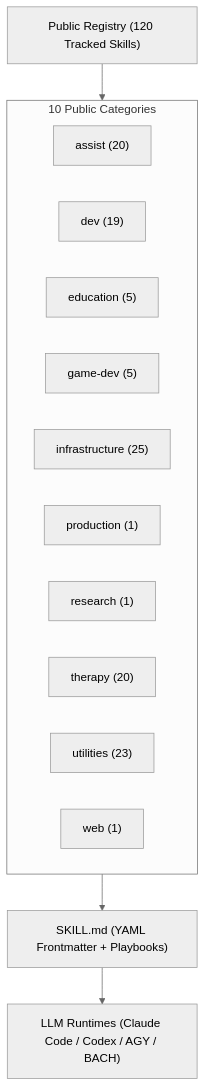
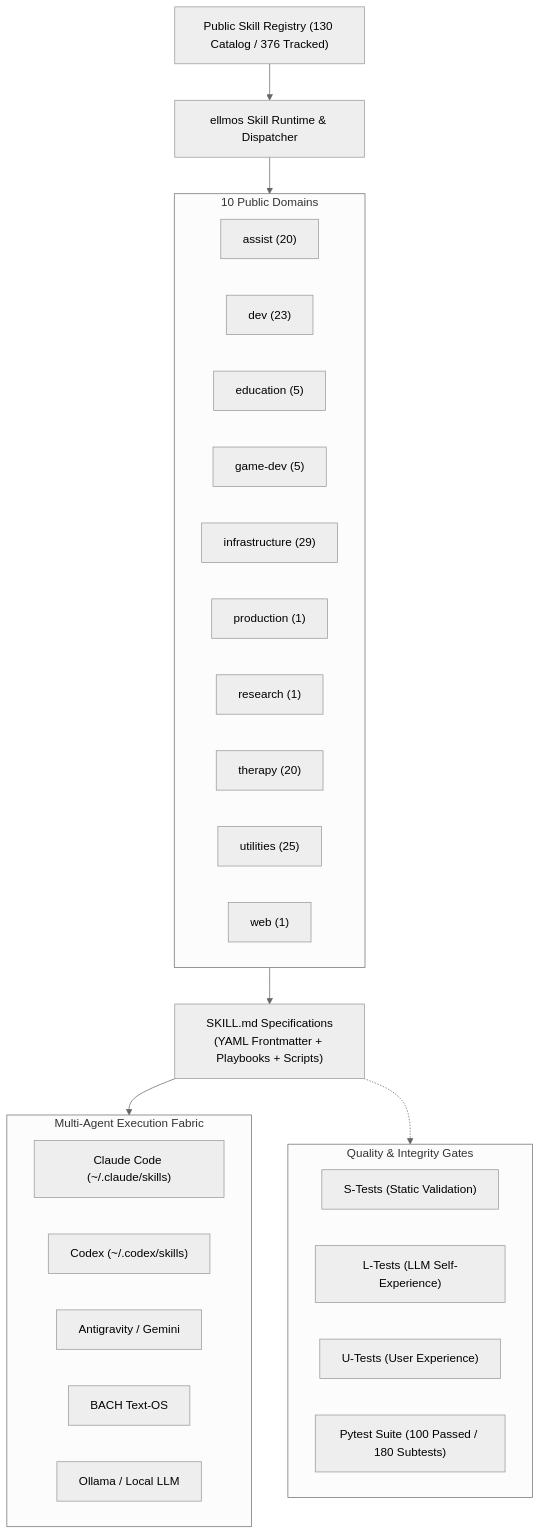
The diagram in README.md (ellmos-ai/skills), drawn with Mermaid (neutral theme) before and after one commit. The commit also changed other lines of this file and 20 other files, not shown here.

````diff
--- a/README.md
+++ b/README.md
@@ -40,18 +42,39 @@
 ```mermaid
 flowchart TD
-    Catalog["Public Registry (120 Tracked Skills)"] --> Categories
-    subgraph Categories ["10 Public Categories"]
+    Registry["Public Skill Registry (130 Catalog / 376 Tracked)"] --> Engine["ellmos Skill Runtime & Dispatcher"]
+    
+    subgraph Catalog ["10 Public Domains"]
         Assist["assist (20)"]
-        Dev["dev (19)"]
+        Dev["dev (23)"]
         Edu["education (5)"]
         Game["game-dev (5)"]
-        Infra["infrastructure (25)"]
+        Infra["infrastructure (29)"]
         Prod["production (1)"]
         Res["research (1)"]
         Therapy["therapy (20)"]
-        Utils["utilities (23)"]
+        Utils["utilities (25)"]
         Web["web (1)"]
     end
-    Categories --> Specs["SKILL.md (YAML Frontmatter + Playbooks)"]
-    Specs --> Runtimes["LLM Runtimes (Claude Code / Codex / AGY / BACH)"]
+    
+    Engine --> Catalog
+    Catalog --> Artifacts["SKILL.md Specifications\n(YAML Frontmatter + Playbooks + Scripts)"]
+    
+    subgraph MultiAgentRuntimes ["Multi-Agent Execution Fabric"]
+        ClaudeCode["Claude Code (~/.claude/skills)"]
+        Codex["Codex (~/.codex/skills)"]
+        AGY["Antigravity / Gemini"]
+        BACH["BACH Text-OS"]
+        LocalOllama["Ollama / Local LLM"]
+    end
+    
+    Artifacts --> MultiAgentRuntimes
+    
+    subgraph QualityGates ["Quality & Integrity Gates"]
+        STests["S-Tests (Static Validation)"]
+        LTests["L-Tests (LLM Self-Experience)"]
+        UTests["U-Tests (User Experience)"]
+        PytestSuite["Pytest Suite (100 Passed / 180 Subtests)"]
+    end
+    
+    Artifacts -.-> QualityGates
 ```
````
